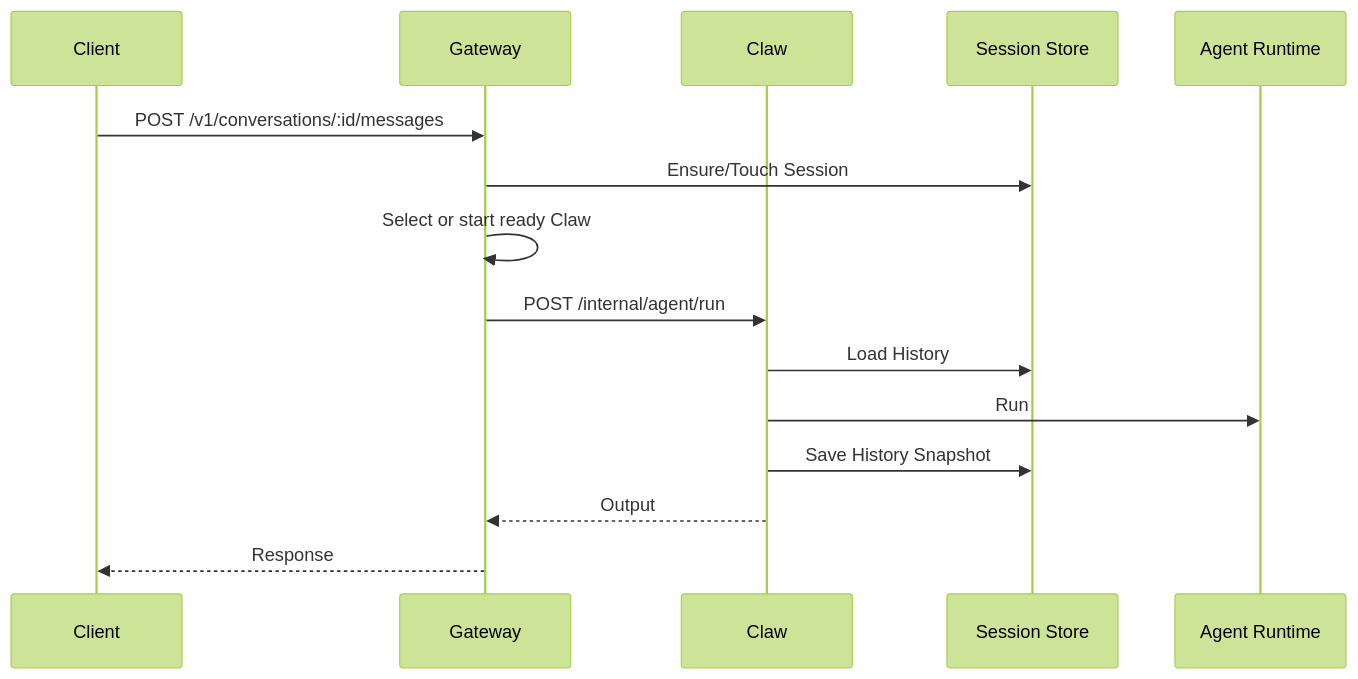
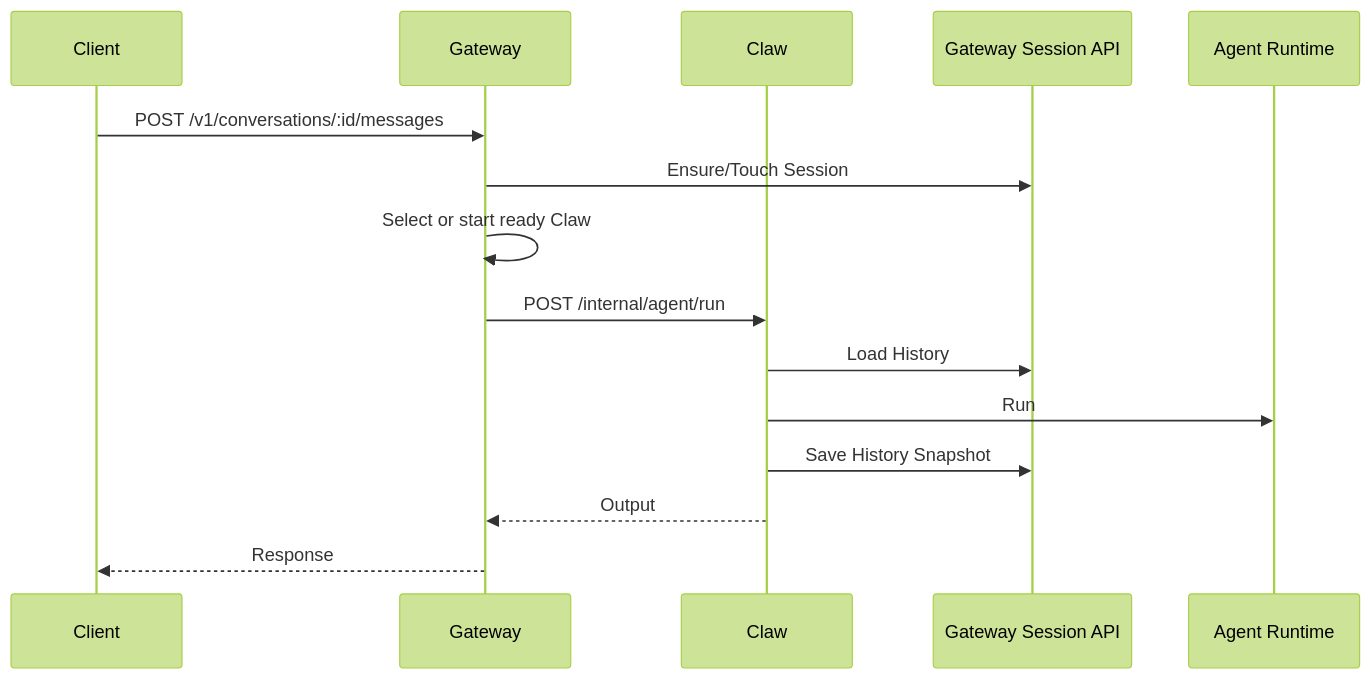
Before and after one commit to issueye/icoo_claw: the fifth of 5 diagrams in docs/ai-agent-platform/02-architecture.md, drawn with Mermaid (forest theme). The commit also changed other lines of this file and 63 other files, not shown here.

````diff
--- a/docs/ai-agent-platform/02-architecture.md
+++ b/docs/ai-agent-platform/02-architecture.md
@@ -157,18 +144,18 @@
 ```mermaid
 sequenceDiagram
   participant C as Client
   participant G as Gateway
   participant A as Claw
-  participant S as Session Store
+  participant S as Gateway Session API
   participant R as Agent Runtime
 
   C->>G: POST /v1/conversations/:id/messages
   G->>S: Ensure/Touch Session
   G->>G: Select or start ready Claw
   G->>A: POST /internal/agent/run
   A->>S: Load History
   A->>R: Run
   A->>S: Save History Snapshot
   A-->>G: Output
   G-->>C: Response
 ```
````
